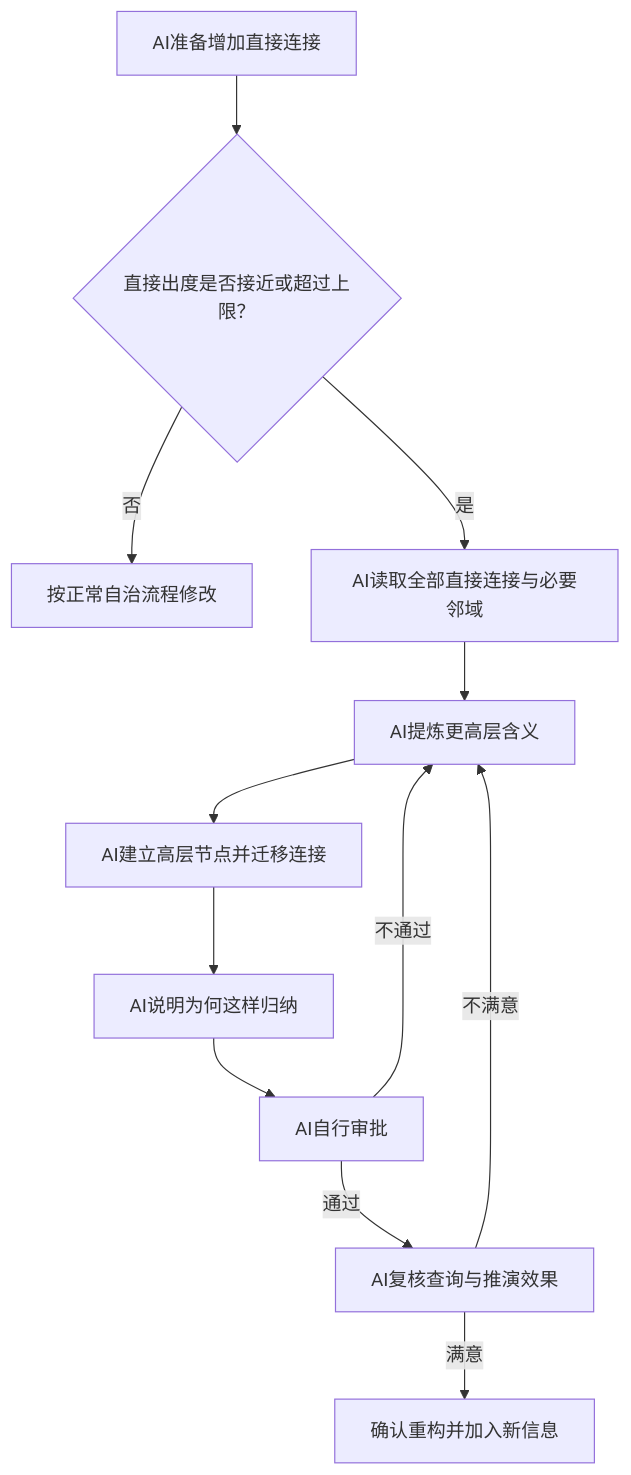
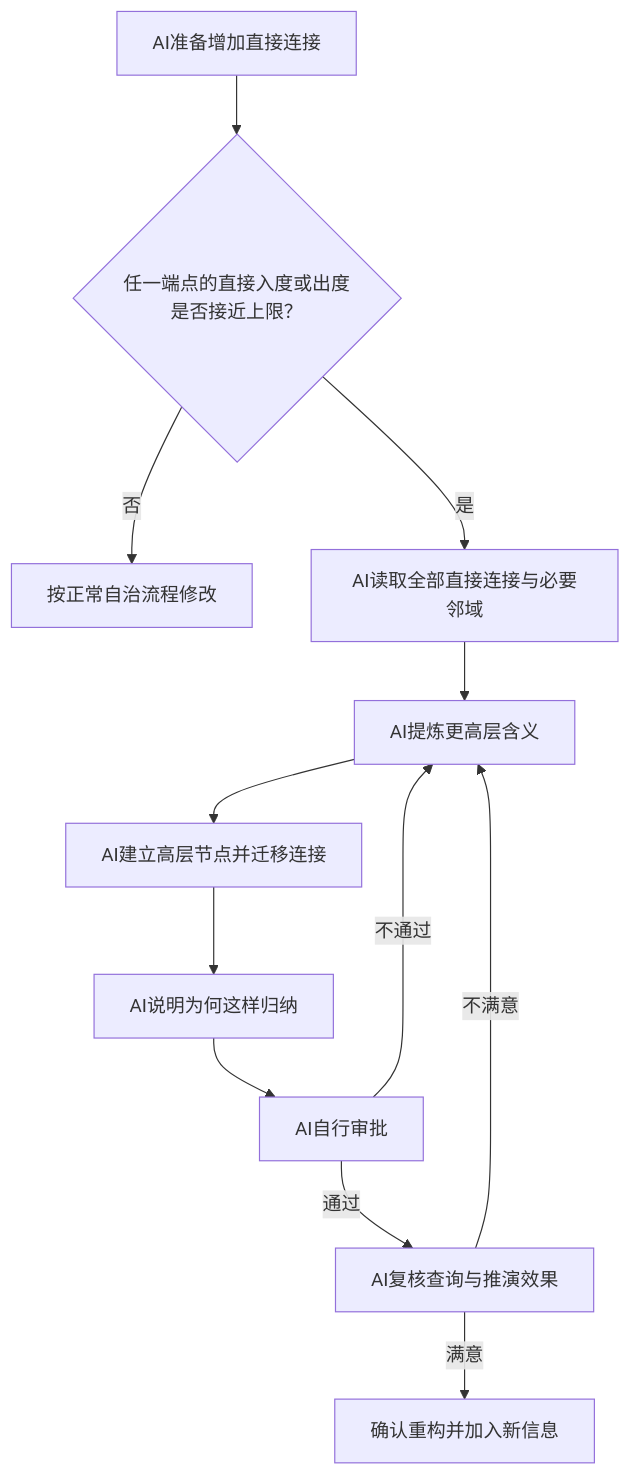
Before and after one commit to LastEmbryo2950618641/WorldSeed: the second of 11 diagrams in docs/system-design.md, drawn with Mermaid. The commit also changed other lines of this file and 10 other files, not shown here.

````diff
--- a/docs/system-design.md
+++ b/docs/system-design.md
@@ -510,14 +816,14 @@
 ```mermaid
 flowchart TD
-    A["AI准备增加直接连接"] --> B{"直接出度是否接近或超过上限？"}
+    A["AI准备增加直接连接"] --> B{"任一端点的直接入度或出度是否接近上限？"}
     B -->|否| C["按正常自治流程修改"]
     B -->|是| D["AI读取全部直接连接与必要邻域"]
     D --> E["AI提炼更高层含义"]
     E --> F["AI建立高层节点并迁移连接"]
     F --> G["AI说明为何这样归纳"]
     G --> H["AI自行审批"]
     H -->|不通过| E
     H -->|通过| I["AI复核查询与推演效果"]
     I -->|不满意| E
     I -->|满意| J["确认重构并加入新信息"]
 ```
````
